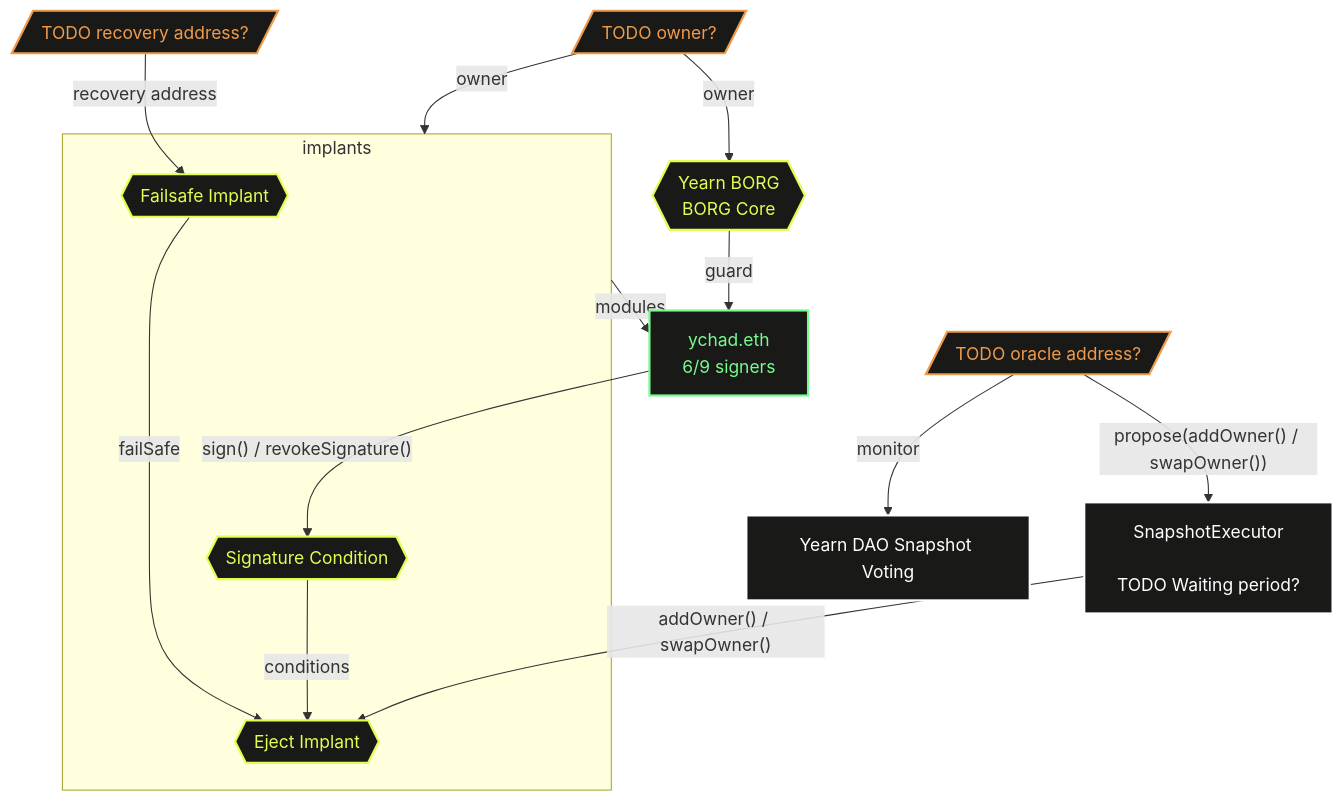
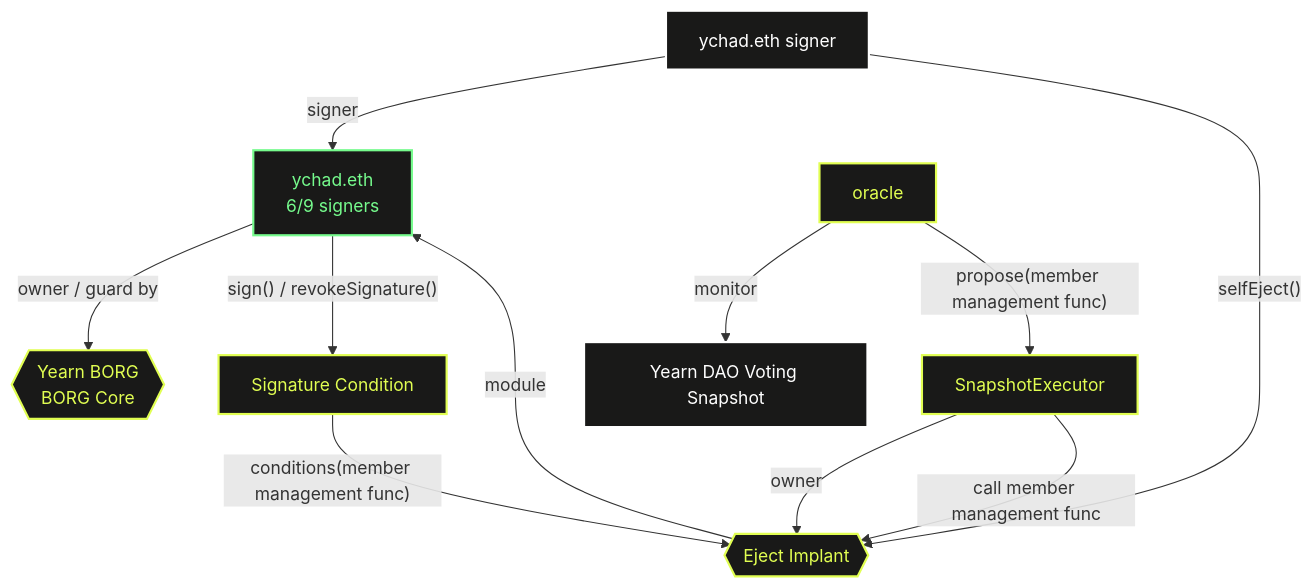
One commit to MetaLex-Tech/borg-core changed the diagram in README-yearnBorg.md. Above: the diagram before and after it, drawn with Mermaid. The commit also changed other lines of this file, not shown here.

Commit message:
chore: Clarify BORG modules ownership and member management

````diff
--- a/README-yearnBorg.md
+++ b/README-yearnBorg.md
@@ -5,58 +5,44 @@
 ```mermaid
 graph TD
     ychad[ychad.eth<br/>6/9 signers]
-    yearnDaoVoting[Yearn DAO Snapshot Voting]
+    ychadSigner[ychad.eth signer]
+    yearnDaoVoting[Yearn DAO Voting Snapshot]
     
-    %% TODO TBD
-    tempOwner[/TODO owner?/]
-    recoveryAddr[/TODO recovery address?/]
-    oracleAddr[/TODO oracle address?/]
+    oracleAddr[oracle]
     
     borg{{Yearn BORG<br>BORG Core}}
     
-    subgraph implants
-        failSafeImplant{{Failsafe Implant}}
-        ejectImplant{{Eject Implant}}
-        
-        signatureCondition{{Signature Condition}}        
-    end
+    ejectImplant{{Eject Implant}}
+     
+    signatureCondition[Signature Condition]        
+
+    snapshotExecutor[SnapshotExecutor]
+
+    ychad -->|"owner / guard by"| borg
+    ychad -->|"sign() / revokeSignature()"| signatureCondition
     
-    snapshotExecutor[SnapshotExecutor<br><br>TODO Waiting period?]
-    
-    ychad -->|"sign() / revokeSignature()"| signatureCondition
+    ychadSigner -->|signer| ychad
+    ychadSigner -->|"selfEject()"| ejectImplant
 
     oracleAddr -->|monitor| yearnDaoVoting
-    oracleAddr -->|"propose(addOwner() / swapOwner())"| snapshotExecutor      
+    oracleAddr -->|"propose(member management func)"| snapshotExecutor      
     
-    borg -->|guard| ychad
+    ejectImplant -->|module| ychad
     
-    implants -->|modules| ychad
+    signatureCondition -->|"conditions(member management func)"| ejectImplant
     
-    failSafeImplant -->|failSafe| ejectImplant
-    
-    signatureCondition -->|conditions| ejectImplant
-    
-    snapshotExecutor -->|"addOwner() / swapOwner()"| ejectImplant
-    
-    tempOwner -->|owner| borg
-    tempOwner -->|owner| implants
-    
-    recoveryAddr -->|recovery address| failSafeImplant
+    snapshotExecutor -->|owner| ejectImplant
+    snapshotExecutor -->|"call member management func"| ejectImplant
     
     %% Styling (optional, Mermaid supports limited styling)
     classDef default fill:#191918,stroke:#fff,stroke-width:2px,color:#fff;
     classDef borg fill:#191918,stroke:#E1FE52,stroke-width:2px,color:#E1FE52;
     classDef safe fill:#191918,stroke:#76FB8D,stroke-width:2px,color:#76FB8D;
     classDef todo fill:#191918,stroke:#F09B4A,stroke-width:2px,color:#F09B4A;
     class borg borg;
-    class failSafeImplant borg;
     class ejectImplant borg;
-    class voteImplant borg;
     class signatureCondition borg;
+    class snapshotExecutor borg;
+    class oracleAddr borg;
     class ychad safe;
-    class tempOwner todo;
-    class recoveryAddr todo;
-    class oracleAddr todo;
-    class govExecutor todo;
-    class snapshotProposer todo;
 ```
````
